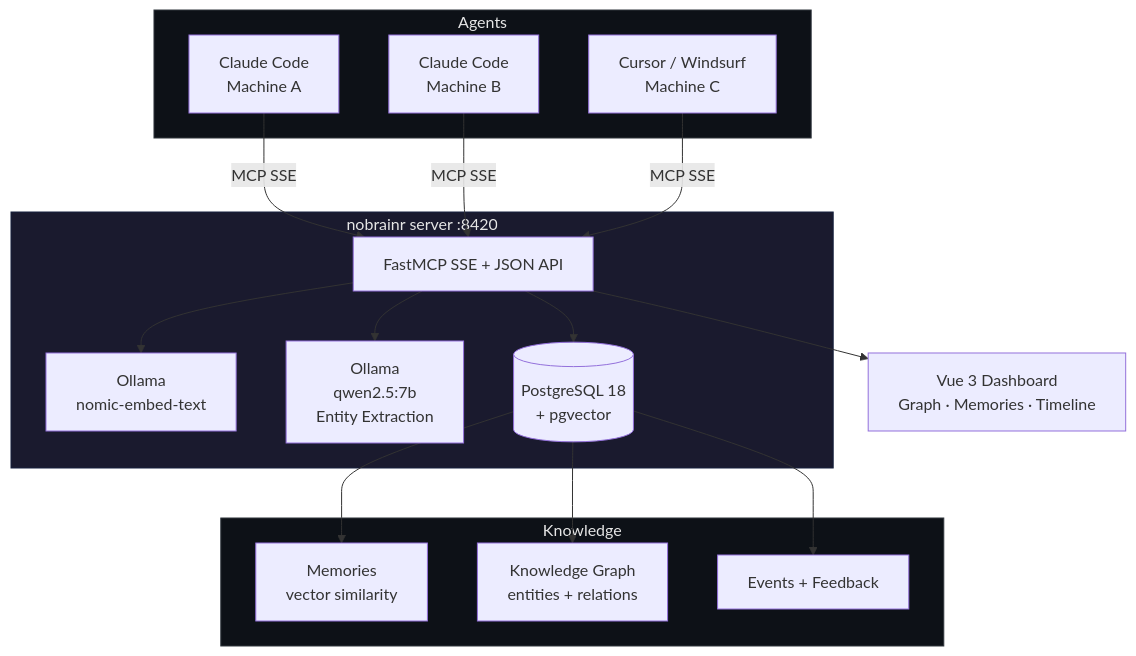
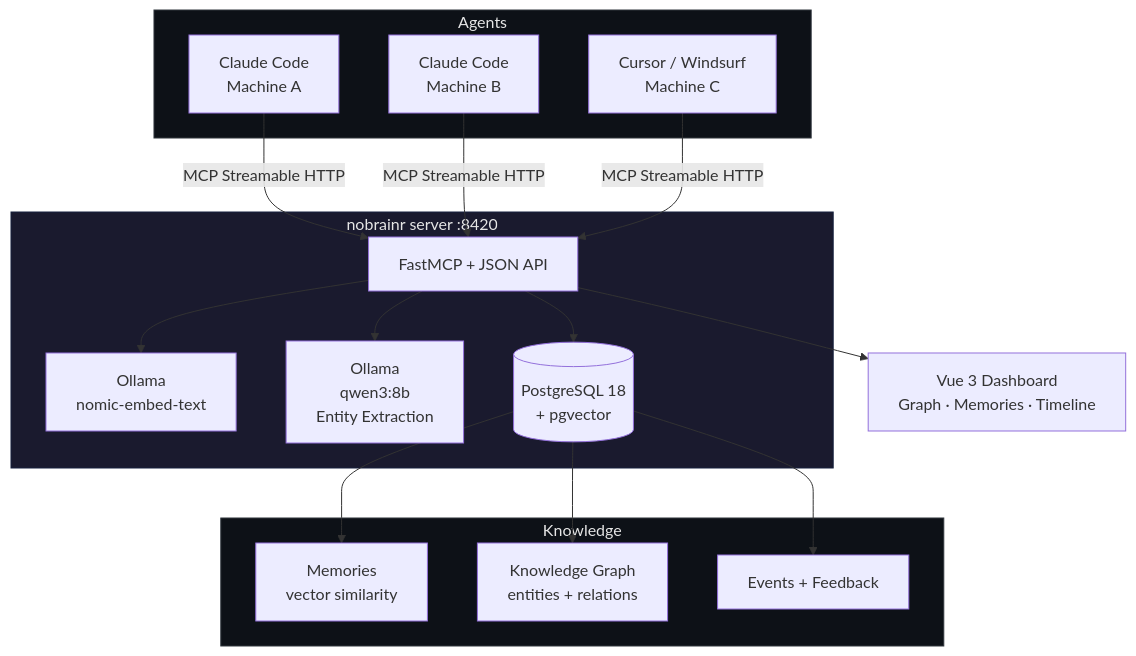
The diagram in README.md (vicquick/nobrainr), drawn with Mermaid before and after one commit. The commit also changed other lines of this file and 6 other files, not shown here.

First line of the commit message:
Migrate all docs from SSE to Streamable HTTP transport

````diff
--- a/README.md
+++ b/README.md
@@ -32,29 +32,29 @@
 ```mermaid
 graph TB
     subgraph Agents
         A1[Claude Code<br/>Machine A]
         A2[Claude Code<br/>Machine B]
         A3[Cursor / Windsurf<br/>Machine C]
     end
 
-    A1 & A2 & A3 -->|MCP SSE| NB
+    A1 & A2 & A3 -->|MCP Streamable HTTP| NB
 
     subgraph nobrainr [nobrainr server :8420]
-        NB[FastMCP SSE + JSON API]
+        NB[FastMCP + JSON API]
         NB --> EMB[Ollama<br/>nomic-embed-text]
-        NB --> EXT[Ollama<br/>qwen2.5:7b<br/>Entity Extraction]
+        NB --> EXT[Ollama<br/>qwen3:8b<br/>Entity Extraction]
         NB --> PG[(PostgreSQL 18<br/>+ pgvector)]
     end
 
     subgraph Storage [Knowledge]
         PG --> MEM[Memories<br/>vector similarity]
         PG --> KG[Knowledge Graph<br/>entities + relations]
         PG --> EVT[Events + Feedback]
     end
 
     NB --> DASH[Vue 3 Dashboard<br/>Graph · Memories · Timeline]
 
     style nobrainr fill:#1a1a2e,stroke:#16213e,color:#e6e6e6
     style Agents fill:#0d1117,stroke:#30363d,color:#e6e6e6
     style Storage fill:#0d1117,stroke:#30363d,color:#e6e6e6
 ```
````
